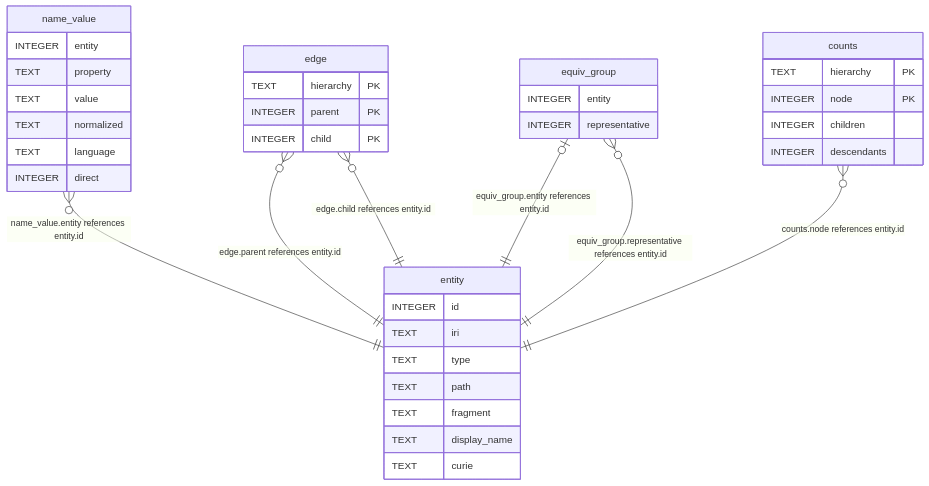
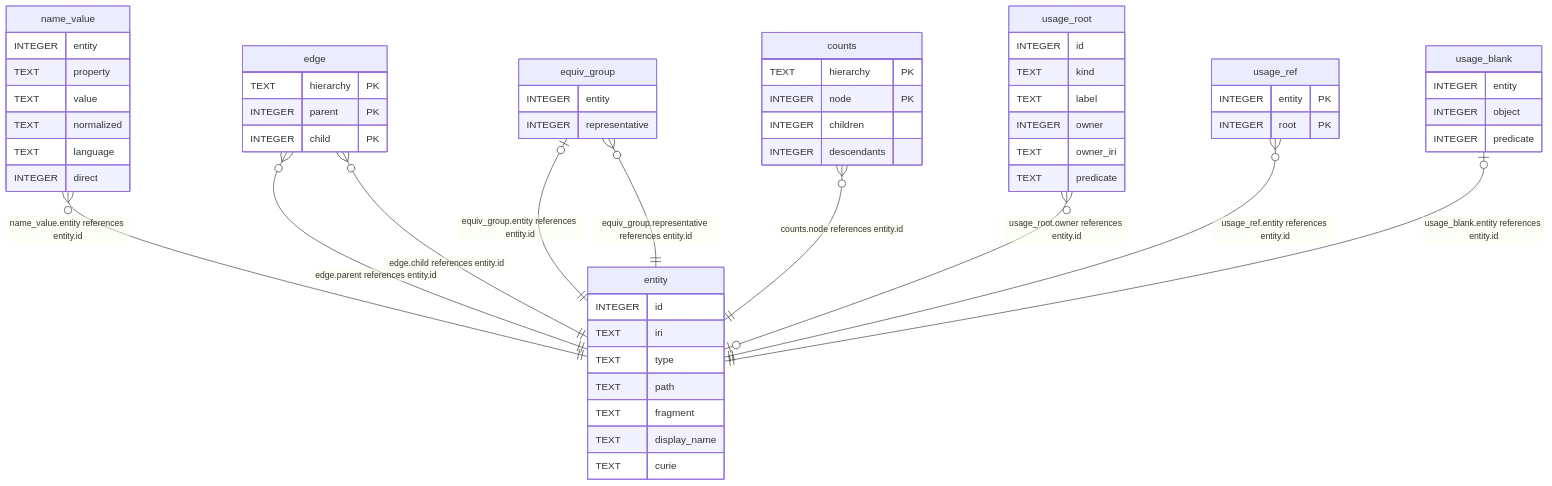
The diagram in docs/schema/derived/entity.md (jclerman/browl), drawn with Mermaid before and after one commit. The commit also changed other lines of this file and 21 other files, not shown here.

First line of the commit message:
P-27a: usages and counts, with the blank-node owner map

````diff
--- a/docs/schema/derived/entity.md
+++ b/docs/schema/derived/entity.md
@@ -51,43 +51,63 @@
 ```mermaid
 erDiagram
 
 "name_value" }o--|| "entity" : "name_value.entity references entity.id"
 "edge" }o--|| "entity" : "edge.parent references entity.id"
 "edge" }o--|| "entity" : "edge.child references entity.id"
 "equiv_group" |o--|| "entity" : "equiv_group.entity references entity.id"
 "equiv_group" }o--|| "entity" : "equiv_group.representative references entity.id"
 "counts" }o--|| "entity" : "counts.node references entity.id"
+"usage_root" }o--o| "entity" : "usage_root.owner references entity.id"
+"usage_ref" }o--|| "entity" : "usage_ref.entity references entity.id"
+"usage_blank" |o--|| "entity" : "usage_blank.entity references entity.id"
 
 "entity" {
   INTEGER id
   TEXT iri
   TEXT type
   TEXT path
   TEXT fragment
   TEXT display_name
   TEXT curie
 }
 "name_value" {
   INTEGER entity
   TEXT property
   TEXT value
   TEXT normalized
   TEXT language
   INTEGER direct
 }
 "edge" {
   TEXT hierarchy PK
   INTEGER parent PK
   INTEGER child PK
 }
 "equiv_group" {
   INTEGER entity
   INTEGER representative
 }
 "counts" {
   TEXT hierarchy PK
   INTEGER node PK
   INTEGER children
   INTEGER descendants
 }
+"usage_root" {
+  INTEGER id
+  TEXT kind
+  TEXT label
+  INTEGER owner
+  TEXT owner_iri
+  TEXT predicate
+}
+"usage_ref" {
+  INTEGER entity PK
+  INTEGER root PK
+}
+"usage_blank" {
+  INTEGER entity
+  INTEGER object
+  INTEGER predicate
+}
 ```
````
